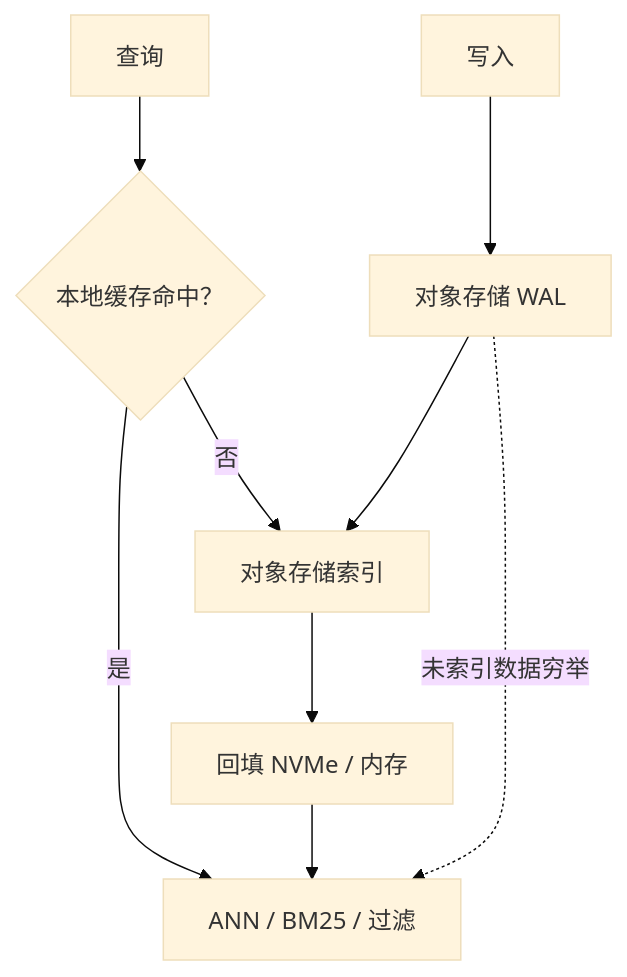
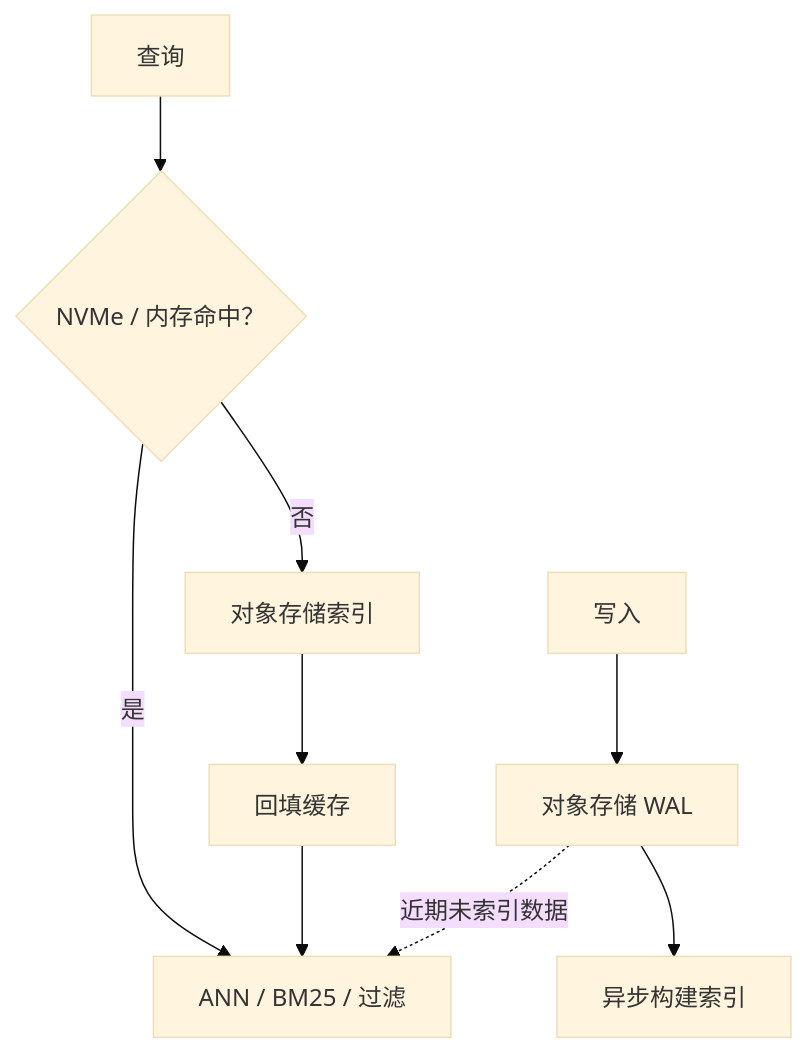
Before and after one commit to littlewwwhite/littlewwwhite.github.io: the first of 2 diagrams in content/posts/260726/index.md, drawn with Mermaid (base theme). The commit also changed other lines of this file and 1 other file, not shown here.

````diff
--- a/content/posts/260726/index.md
+++ b/content/posts/260726/index.md
@@ -44,11 +37,11 @@
 ```mermaid
 flowchart TB
     W["写入"] --> WAL["对象存储 WAL"]
-    WAL --> IDX["对象存储索引"]
-    Q["查询"] --> HIT{"本地缓存命中？"}
+    WAL --> IDX["异步构建索引"]
+    Q["查询"] --> HIT{"NVMe / 内存命中？"}
     HIT -->|是| SEARCH["ANN / BM25 / 过滤"]
-    HIT -->|否| IDX
-    IDX --> CACHE["回填 NVMe / 内存"]
+    HIT -->|否| STORE["对象存储索引"]
+    STORE --> CACHE["回填缓存"]
     CACHE --> SEARCH
-    WAL -. "未索引数据穷举" .-> SEARCH
+    WAL -. "近期未索引数据" .-> SEARCH
 ```
````
